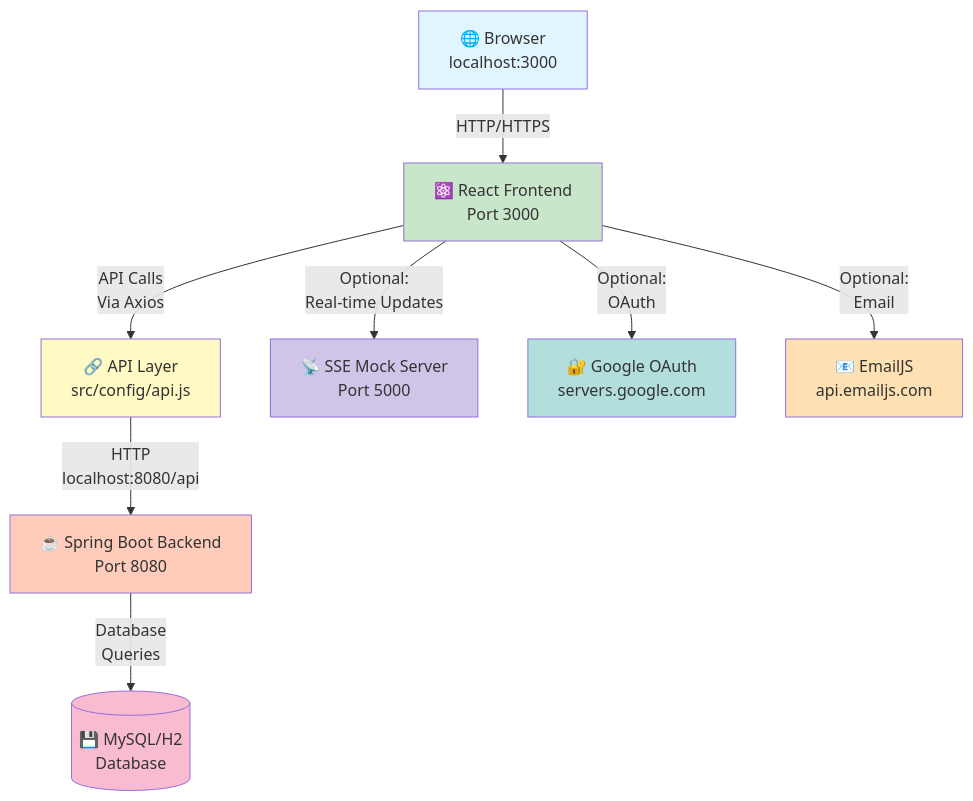
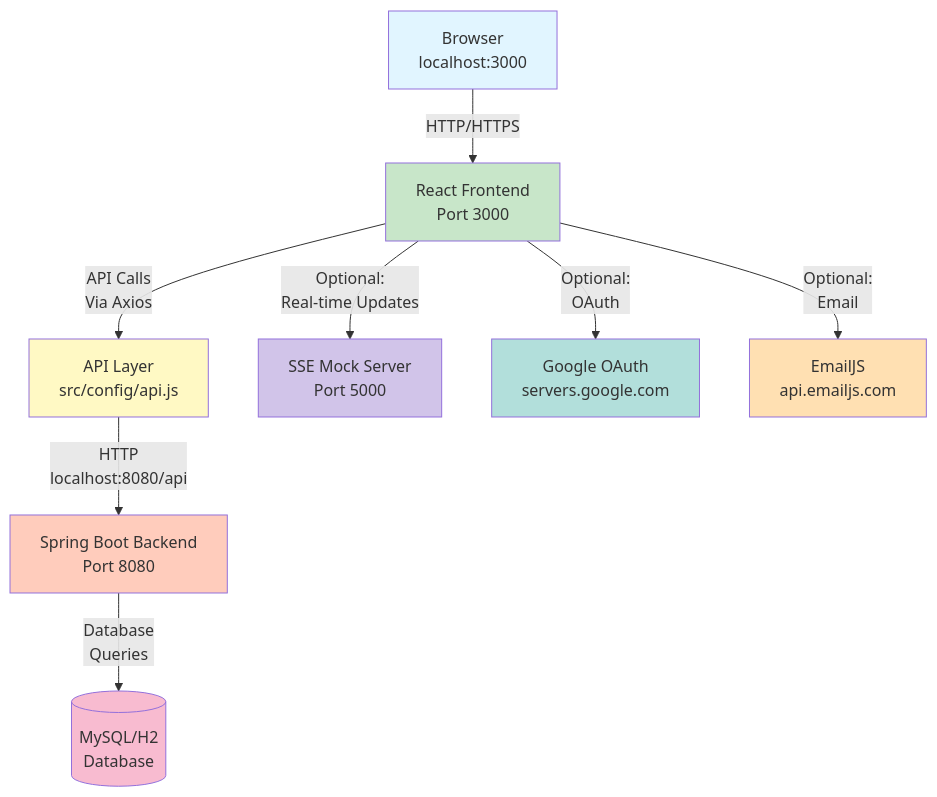
Before and after one commit to SandeepVashishtha/Eventra: the first of 2 diagrams in docs/ENV_SETUP_GUIDE.md, drawn with Mermaid. The commit also changed other lines of this file and 1 other file, not shown here.

````diff
--- a/docs/ENV_SETUP_GUIDE.md
+++ b/docs/ENV_SETUP_GUIDE.md
@@ -30,20 +30,20 @@
 ```mermaid
 graph TB
-    A["🌐 Browser<br/>localhost:3000"] -->|HTTP/HTTPS| B["⚛️ React Frontend<br/>Port 3000"]
-    B -->|API Calls<br/>Via Axios| C["🔗 API Layer<br/>src/config/api.js"]
-    C -->|HTTP<br/>localhost:8080/api| D["☕ Spring Boot Backend<br/>Port 8080"]
-    D -->|Database<br/>Queries| E[("💾 MySQL/H2<br/>Database")]
+    A["Browser<br/>localhost:3000"] -->|HTTP/HTTPS| B["React Frontend<br/>Port 3000"]
+    B -->|API Calls<br/>Via Axios| C["API Layer<br/>src/config/api.js"]
+    C -->|HTTP<br/>localhost:8080/api| D["Spring Boot Backend<br/>Port 8080"]
+    D -->|Database<br/>Queries| E[("MySQL/H2<br/>Database")]
     
-    B -->|Optional:<br/>Real-time Updates| F["📡 SSE Mock Server<br/>Port 5000"]
-    B -->|Optional:<br/>OAuth| G["🔐 Google OAuth<br/>servers.google.com"]
-    B -->|Optional:<br/>Email| H["📧 EmailJS<br/>api.emailjs.com"]
+    B -->|Optional:<br/>Real-time Updates| F["SSE Mock Server<br/>Port 5000"]
+    B -->|Optional:<br/>OAuth| G["Google OAuth<br/>servers.google.com"]
+    B -->|Optional:<br/>Email| H["EmailJS<br/>api.emailjs.com"]
     
     style A fill:#e1f5ff
     style B fill:#c8e6c9
     style C fill:#fff9c4
     style D fill:#ffccbc
     style E fill:#f8bbd0
     style F fill:#d1c4e9
     style G fill:#b2dfdb
     style H fill:#ffe0b2
 ```
````
